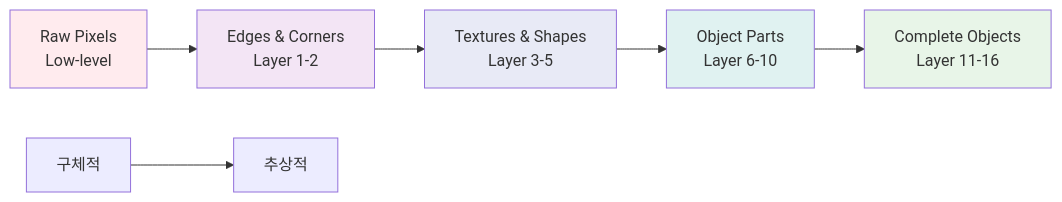
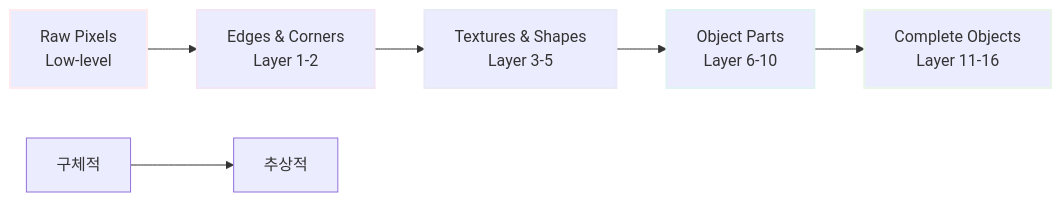
The seventh of 10 diagrams in 스터디/VGGNet_02.md (c0z0c/sprint_mission), drawn with Mermaid before and after one commit. The commit also changed other lines of this file and 14 other files, not shown here.

````diff
--- a/스터디/VGGNet_02.md
+++ b/스터디/VGGNet_02.md
@@ -324,15 +324,15 @@
 ```mermaid
 graph LR
     A["Raw Pixels<br/>Low-level"] --> B["Edges & Corners<br/>Layer 1-2"]
     B --> C["Textures & Shapes<br/>Layer 3-5"]
     C --> D["Object Parts<br/>Layer 6-10"]
     D --> E["Complete Objects<br/>Layer 11-16"]
     
     F["구체적"] --> G["추상적"]
     
-    style A fill:#ffebee
-    style B fill:#f3e5f5
-    style C fill:#e8eaf6
-    style D fill:#e0f2f1
-    style E fill:#e8f5e8
+    style A stroke-width:2px,stroke:#ffebee
+    style B stroke-width:2px,stroke:#f3e5f5
+    style C stroke-width:2px,stroke:#e8eaf6
+    style D stroke-width:2px,stroke:#e0f2f1
+    style E stroke-width:2px,stroke:#e8f5e8
 ```
````
